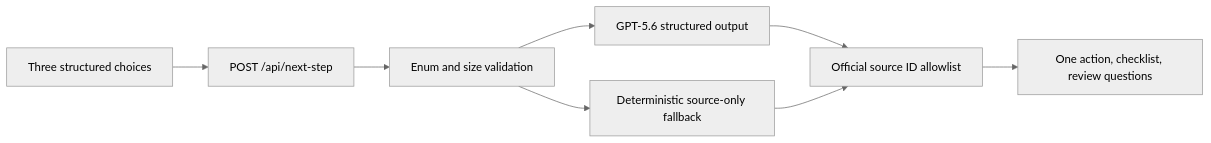
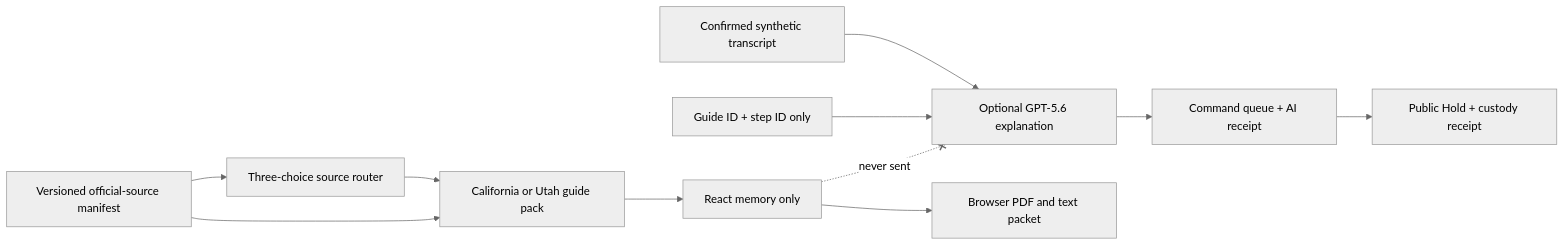
The diagram in README.md (thefayth/f1ghtback), drawn with Mermaid (neutral theme) before and after one commit. The commit also changed other lines of this file and 41 other files, not shown here.

````diff
--- a/README.md
+++ b/README.md
@@ -56,10 +44,13 @@
 ```mermaid
 flowchart LR
-  U["Three structured choices"] --> A["POST /api/next-step"]
-  A --> V["Enum and size validation"]
-  V --> G["GPT-5.6 structured output"]
-  V --> F["Deterministic source-only fallback"]
-  G --> S["Official source ID allowlist"]
-  F --> S
-  S --> R["One action, checklist, review questions"]
+  T["Confirmed synthetic transcript"] --> A["Bounded GPT-5.6 analysis"]
+  A --> Q["Command queue + AI receipt"]
+  Q --> H["Public Hold + custody receipt"]
+  R["Three-choice source router"] --> G["California or Utah guide pack"]
+  G --> M["React memory only"]
+  M --> P["Browser PDF and text packet"]
+  S["Versioned official-source manifest"] --> R
+  S --> G
+  I["Guide ID + step ID only"] --> A["Optional GPT-5.6 explanation"]
+  M -. "never sent" .-x A
 ```
````
